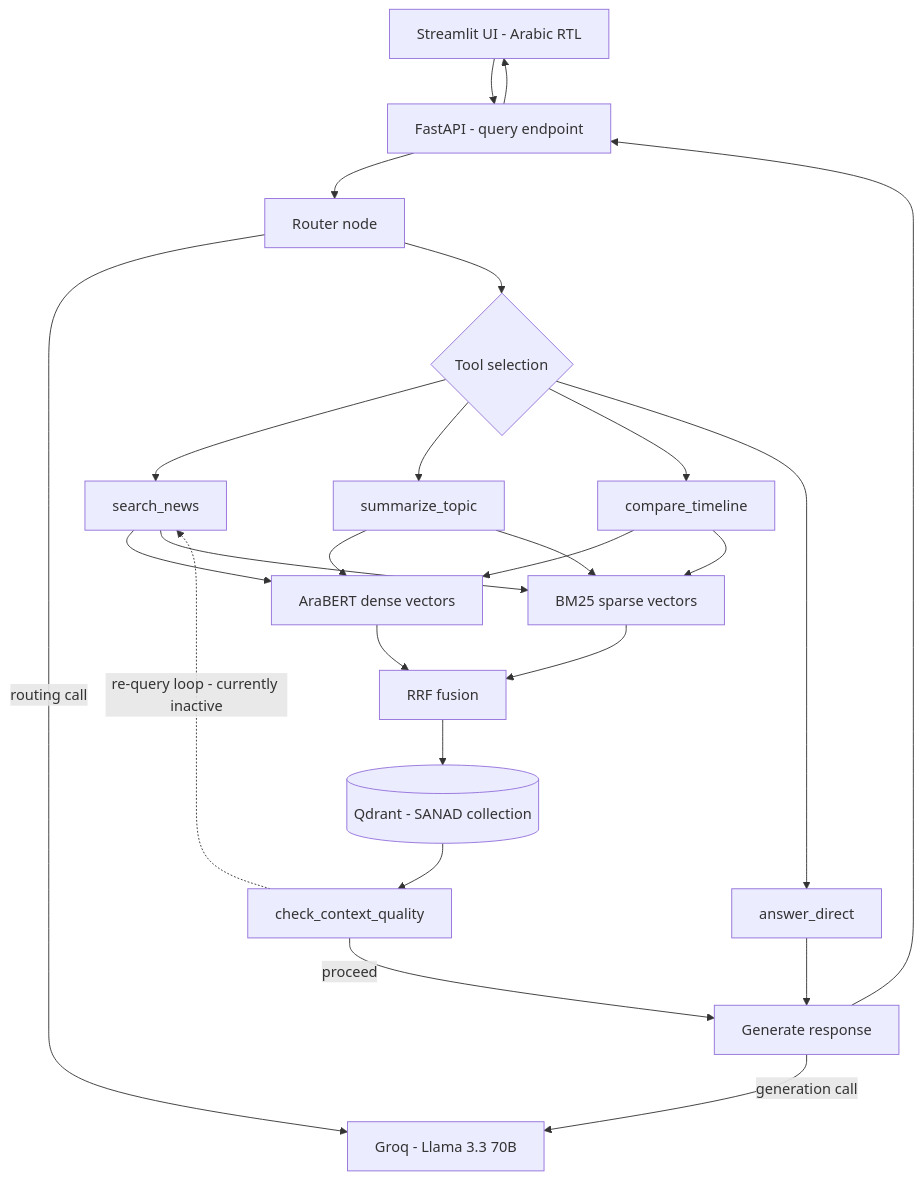
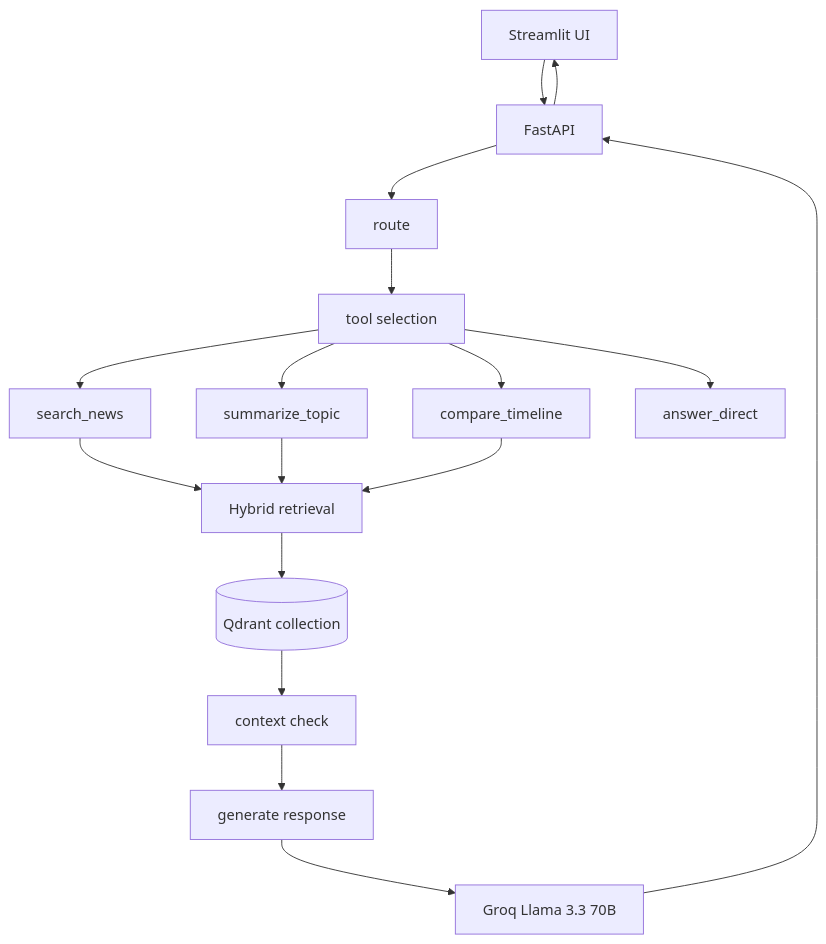
One commit to saleh-yasseen/Arabic_News_Agentic_RAG changed the diagram in README.md. Above: the diagram before and after it, drawn with Mermaid. The commit also changed other lines of this file and 4 other files, not shown here.

Commit message:
feat: implement streaming response for query processing and enhance retrieval comparison

````diff
--- a/README.md
+++ b/README.md
@@ -9,31 +27,20 @@
 ```mermaid
 flowchart TD
-    UI["Streamlit UI - Arabic RTL"] --> API["FastAPI - query endpoint"]
-    API --> ROUTE["Router node"]
-    ROUTE -->|"routing call"| LLM["Groq - Llama 3.3 70B"]
-    ROUTE --> TOOLS{"Tool selection"}
+    UI["Streamlit UI"] --> API["FastAPI"]
+    API --> ROUTE["route"]
+    ROUTE --> TOOL["tool selection"]
+    TOOL --> SEARCH["search_news"]
+    TOOL --> SUMM["summarize_topic"]
+    TOOL --> COMPARE["compare_timeline"]
+    TOOL --> DIRECT["answer_direct"]
 
-    TOOLS --> SEARCH["search_news"]
-    TOOLS --> SUMM["summarize_topic"]
-    TOOLS --> COMPARE["compare_timeline"]
-    TOOLS --> DIRECT["answer_direct"]
-
-    SEARCH --> DENSE["AraBERT dense vectors"]
-    SEARCH --> SPARSE["BM25 sparse vectors"]
-    SUMM --> DENSE
-    SUMM --> SPARSE
-    COMPARE --> DENSE
-    COMPARE --> SPARSE
-
-    DENSE --> FUSE["RRF fusion"]
-    SPARSE --> FUSE
-    FUSE --> QDRANT[("Qdrant - SANAD collection")]
-    QDRANT --> CHECK["check_context_quality"]
-
-    CHECK -->|"proceed"| GEN["Generate response"]
-    CHECK -.->|"re-query loop - currently inactive"| SEARCH
-    DIRECT --> GEN
-    GEN -->|"generation call"| LLM
-    GEN --> API
+    SEARCH --> RETRIEVAL["Hybrid retrieval"]
+    SUMM --> RETRIEVAL
+    COMPARE --> RETRIEVAL
+    RETRIEVAL --> QDRANT[("Qdrant collection")]
+    QDRANT --> QUALITY["context check"]
+    QUALITY --> GENERATE["generate response"]
+    GENERATE --> LLM["Groq Llama 3.3 70B"]
+    LLM --> API
     API --> UI
 ```
````
